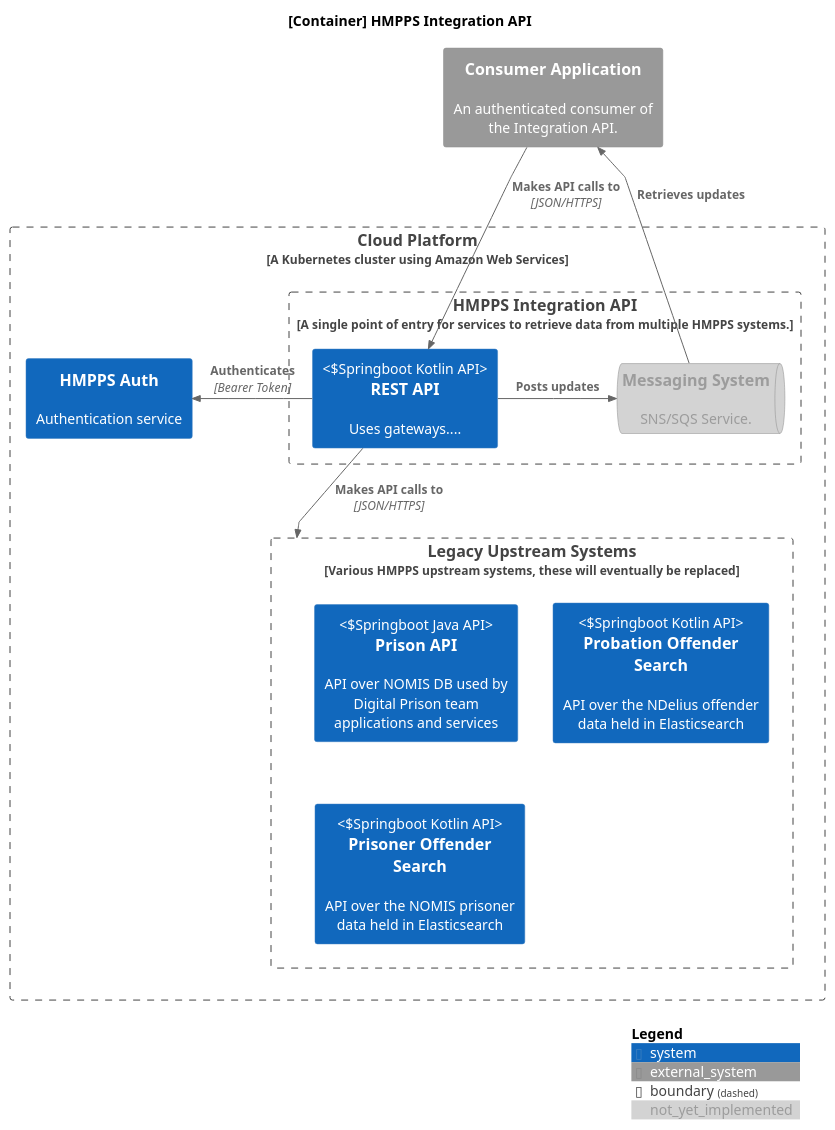
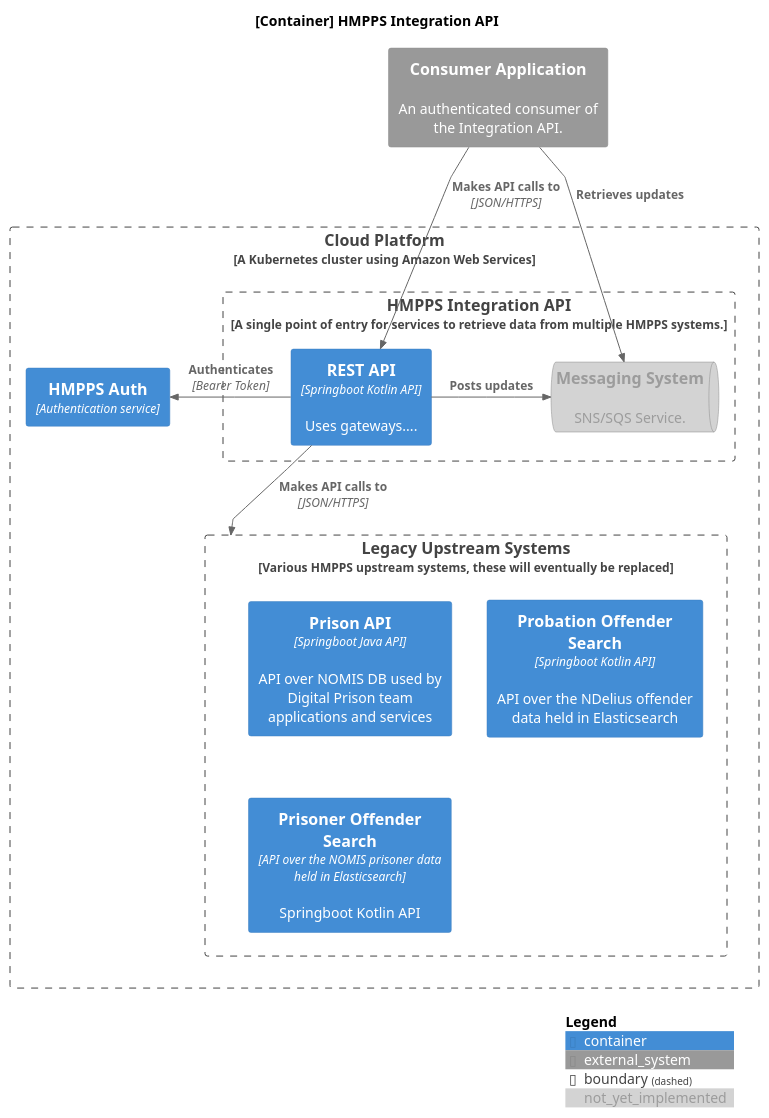
Before and after one commit to ministryofjustice/hmpps-integration-api: the diagram in docs/diagrams/container.puml, drawn with PlantUML.

```diff
--- a/docs/diagrams/container.puml
+++ b/docs/diagrams/container.puml
@@ -1,41 +1,42 @@
 @startuml container
 
-!include https://raw.githubusercontent.com/plantuml-stdlib/C4-PlantUML/master/C4_Context.puml
+!include https://raw.githubusercontent.com/plantuml-stdlib/C4-PlantUML/master/C4_Container.puml
 
 skinparam linetype polyline
 
 title [Container] HMPPS Integration API
 
 AddElementTag("not_yet_implemented", $bgColor="#D3D3D3", $fontColor="#9C9C9C")
 
 System_Ext(consumer, "Consumer Application", "An authenticated consumer of the Integration API.")
 
 Boundary(aws_cloudplatform, "Cloud Platform", "A Kubernetes cluster using Amazon Web Services", $link="https://user-guide.cloud-platform.service.justice.gov.uk/documentation/concepts/cp-tech-overview.html") {
     Boundary(hmpps_integration_api, "HMPPS Integration API", "A single point of entry for services to retrieve data from multiple HMPPS systems.", $link="https://github.com/ministryofjustice/hmpps-integration-api"){
-        System(springboot_api, "REST API", "Uses gateways...." , "Springboot Kotlin API")
+        Container(springboot_api, "REST API", "Springboot Kotlin API", "Uses gateways....")
             SystemQueue_Ext(messaging, "Messaging System", "SNS/SQS Service.",$tags="not_yet_implemented")
     }
 
-    System(hmpps_auth, "HMPPS Auth", "Authentication service", $link="https://github.com/ministryofjustice/hmpps-auth")
+    Container(hmpps_auth, "HMPPS Auth", "Authentication service", $link="https://github.com/ministryofjustice/hmpps-auth")
 
     Boundary(upstream, "Legacy Upstream Systems", "Various HMPPS upstream systems, these will eventually be replaced"){
-        System(prison_api, "Prison API", "API over NOMIS DB used by Digital Prison team applications and services", "Springboot Java API")
+        Container(prison_api, "Prison API", "Springboot Java API", "API over NOMIS DB used by Digital Prison team applications and services")
 
-        System(probation_offender_search, "Probation Offender Search", "API over the NDelius offender data held in Elasticsearch", "Springboot Kotlin API")
+        Container(probation_offender_search, "Probation Offender Search", "Springboot Kotlin API", "API over the NDelius offender data held in Elasticsearch")
 
-        System(prison_offender_search, "Prisoner Offender Search", "API over the NOMIS prisoner data held in Elasticsearch",  "Springboot Kotlin API")
+        Container(prison_offender_search, "Prisoner Offender Search", "API over the NOMIS prisoner data held in Elasticsearch",  "Springboot Kotlin API")
     }
 }
 
 Rel(consumer, springboot_api, "Makes API calls to", "JSON/HTTPS")
+Rel(consumer, messaging, "Retrieves updates")
 
 Rel_Right(springboot_api, messaging, "Posts updates")
-Rel_Up(messaging, consumer, "Retrieves updates")
+
 
 Rel_Right(springboot_api, hmpps_auth, "Authenticates", "Bearer Token")
 
 Rel_Down(springboot_api, upstream, "Makes API calls to", "JSON/HTTPS")
 
 SHOW_DYNAMIC_LEGEND()
 
 @enduml
```
